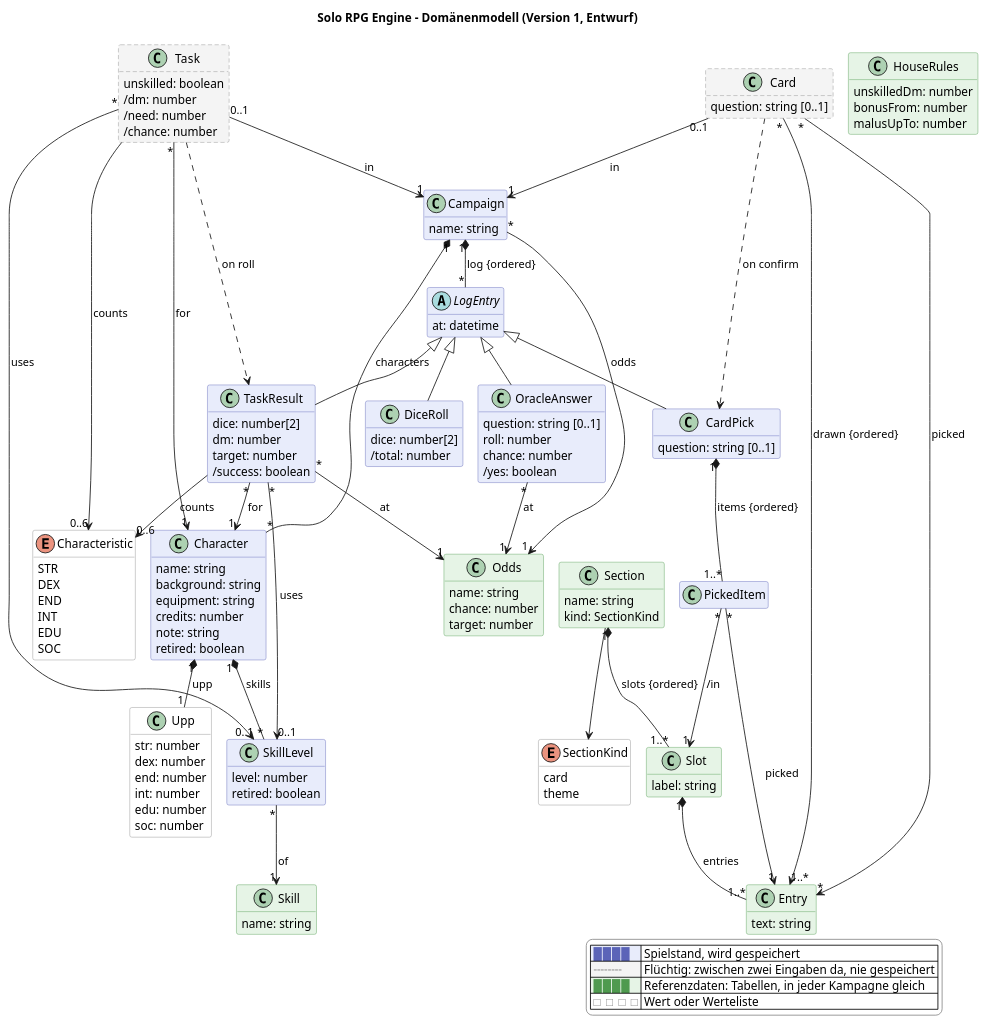
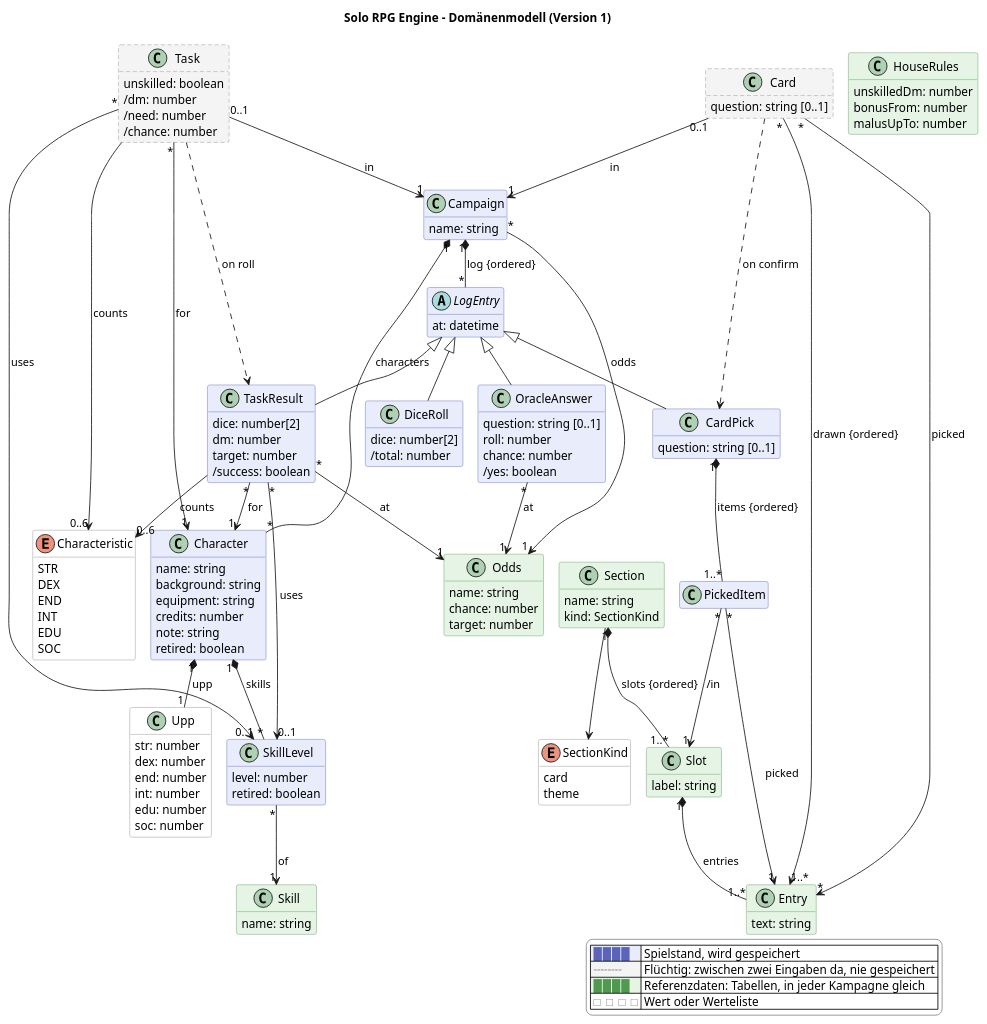
The diagram in docs/domain-model.puml (scuzzar/SRE), drawn with PlantUML before and after one commit. The commit also changed 4 other files, not shown here.

First line of the commit message:
Domänenmodell für Version 1 freigegeben

```diff
--- a/docs/domain-model.puml
+++ b/docs/domain-model.puml
@@ -3,179 +3,179 @@
 @startuml
 !pragma layout smetana
-title Solo RPG Engine – Domänenmodell (Version 1, Entwurf)
+title Solo RPG Engine – Domänenmodell (Version 1)
 hide empty members
 hide methods
 skinparam classAttributeIconSize 0
 skinparam shadowing false
 skinparam packageStyle rectangle
 skinparam class {
   BackgroundColor #e8ecfb
   BorderColor #5b64b8
   BackgroundColor<<transient>> #f4f4f4
   BorderColor<<transient>> #8a8a8a
   BackgroundColor<<reference>> #e6f4e6
   BorderColor<<reference>> #4f9a4f
   BackgroundColor<<value>> #ffffff
   BorderColor<<value>> #8a8a8a
 }
 skinparam legendBackgroundColor #ffffff
 skinparam legendBorderColor #8a8a8a
 <style>
 classDiagram {
   class {
     .transient {
       LineStyle 5-3
     }
   }
 }
 </style>
 hide <<transient>> stereotype
 hide <<reference>> stereotype
 hide <<value>> stereotype
 
 ' Kampagne und Charaktere
   class Campaign {
     name: string
   }
   class Character {
     name: string
     background: string
     equipment: string
     credits: number
     note: string
     retired: boolean
   }
   class Upp <<value>> {
     str: number
     dex: number
     end: number
     int: number
     edu: number
     soc: number
   }
   class SkillLevel {
     level: number
     retired: boolean
   }
 
 ' Verlauf
   abstract class LogEntry {
     at: datetime
   }
   class OracleAnswer {
     question: string [0..1]
     roll: number
     chance: number
     /yes: boolean
   }
   class DiceRoll {
     dice: number[2]
     /total: number
   }
   class CardPick {
     question: string [0..1]
   }
   class PickedItem
 
 ' Entwürfe: flüchtig, zwischen zwei Eingaben da, nie gespeichert (im Code: model/draft/)
   class Card <<transient>> {
     question: string [0..1]
   }
   class Task <<transient>> {
     unskilled: boolean
     /dm: number
     /need: number
     /chance: number
   }
   class TaskResult {
     dice: number[2]
     dm: number
     target: number
     /success: boolean
   }
 
 ' Referenzdaten
   class Odds <<reference>> {
     name: string
     chance: number
     target: number
   }
   class HouseRules <<reference>> {
     unskilledDm: number
     bonusFrom: number
     malusUpTo: number
   }
   class Skill <<reference>> {
     name: string
   }
   class Section <<reference>> {
     name: string
     kind: SectionKind
   }
   class Slot <<reference>> {
     label: string
   }
   class Entry <<reference>> {
     text: string
   }
   enum SectionKind <<value>> {
     card
     theme
   }
   enum Characteristic <<value>> {
     STR
     DEX
     END
     INT
     EDU
     SOC
   }
 
 ' Kampagne
 Campaign "1" *-- "*" Character : characters
 Campaign "*" --> "1" Odds : odds
 Campaign "1" *-- "*" LogEntry : log {ordered}
 
 ' Charakter
 Character "1" *-- "1" Upp : upp
 Character "1" *-- "*" SkillLevel : skills
 SkillLevel "*" --> "1" Skill : of
 
 ' Verlauf
 LogEntry <|-- OracleAnswer
 LogEntry <|-- DiceRoll
 LogEntry <|-- CardPick
 LogEntry <|-- TaskResult
 CardPick "1" *-- "1..*" PickedItem : items {ordered}
 OracleAnswer "*" --> "1" Odds : at
 TaskResult "*" --> "1" Character : for
 TaskResult "*" --> "0..1" SkillLevel : uses
 TaskResult --> "0..6" Characteristic : counts
 TaskResult "*" --> "1" Odds : at
 
 ' Probe
 Task "0..1" --> "1" Campaign : in
 Task "*" --> "1" Character : for
 Task "*" --> "0..1" SkillLevel : uses
 Task --> "0..6" Characteristic : counts
 Task ..> TaskResult : on roll
 
 ' Karte
 Card "0..1" --> "1" Campaign : in
 Card "*" --> "1..*" Entry : drawn {ordered}
 Card "*" --> "*" Entry : picked
 Card ..> CardPick : on confirm
 PickedItem "*" --> "1" Slot : /in
 PickedItem "*" --> "1" Entry : picked
 Section "1" *-- "1..*" Slot : slots {ordered}
 Section --> SectionKind
 Slot "1" *-- "1..*" Entry : entries
 
 
 legend right
   |<#e8ecfb> <color:#5b64b8>████</color> | Spielstand, wird gespeichert |
   |<#f4f4f4> <color:#8a8a8a>╌╌╌╌</color> | Flüchtig: zwischen zwei Eingaben da, nie gespeichert |
   |<#e6f4e6> <color:#4f9a4f>████</color> | Referenzdaten: Tabellen, in jeder Kampagne gleich |
   |<#ffffff> <color:#8a8a8a>□□□□</color> | Wert oder Werteliste |
 endlegend
 @enduml
```
